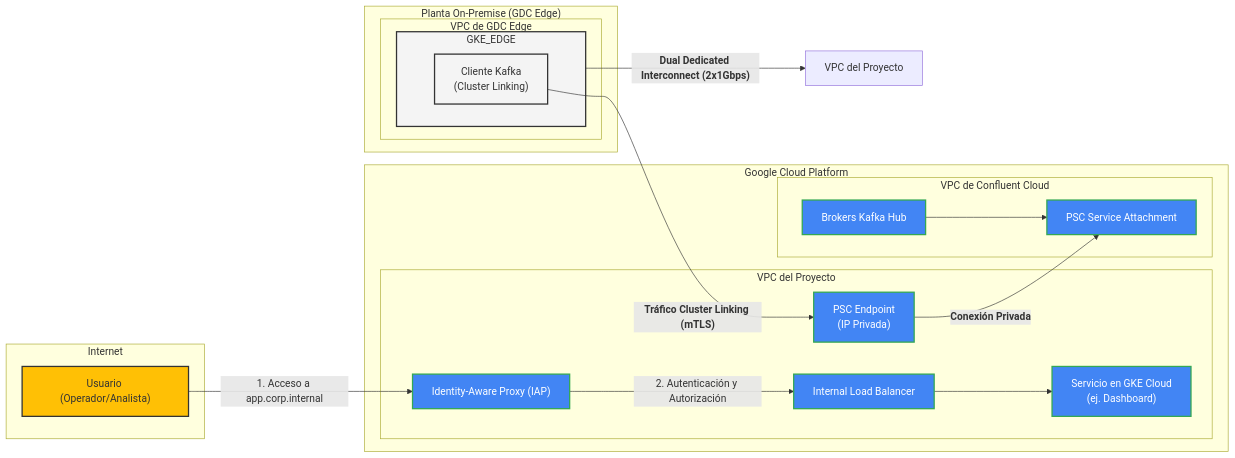
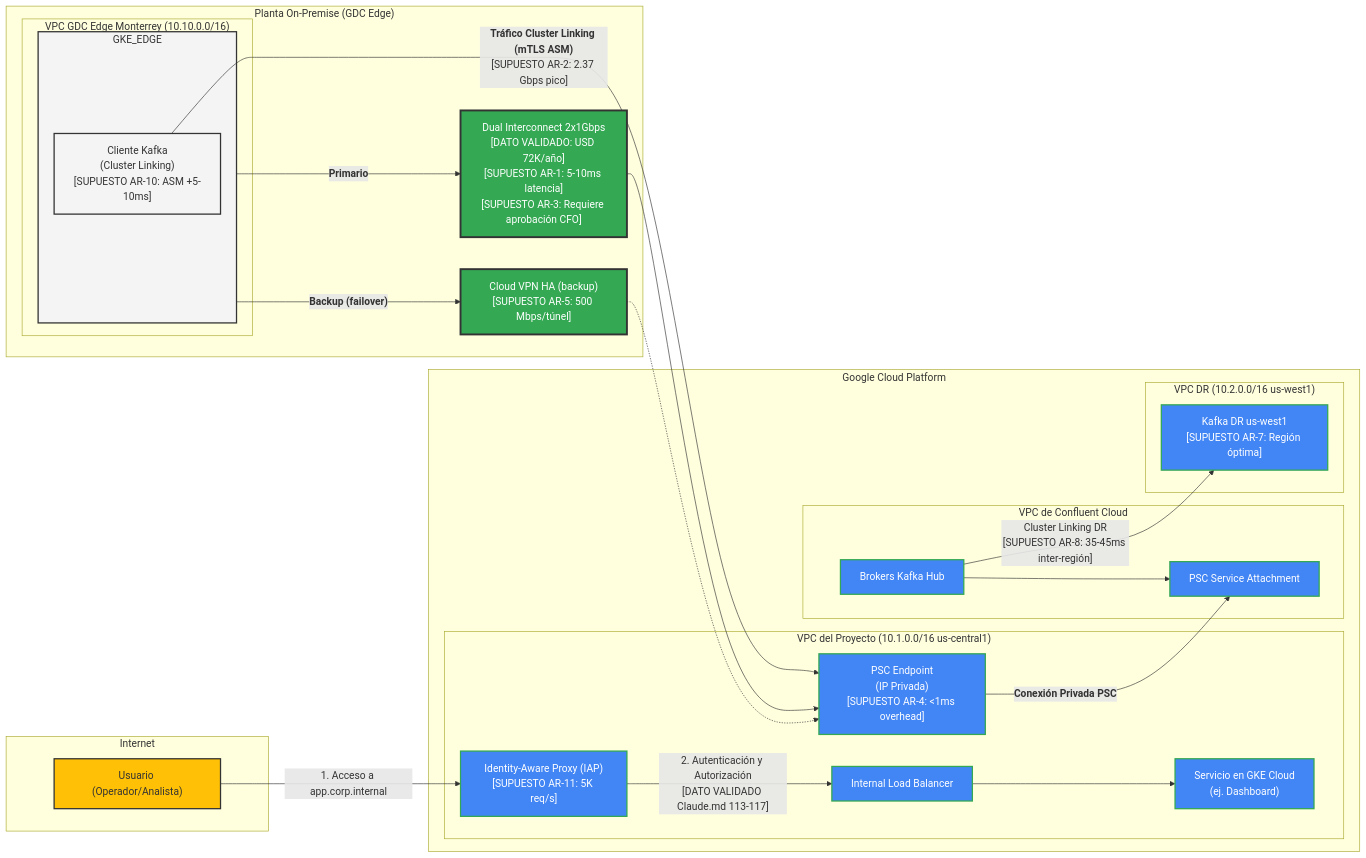
The diagram in docs/fase2/arquitectura-redes.md (raestrada/cloud-gob-data-industrial), drawn with Mermaid before and after one commit. The commit also changed other lines of this file and 2 other files, not shown here.

````diff
--- a/docs/fase2/arquitectura-redes.md
+++ b/docs/fase2/arquitectura-redes.md
@@ -149,48 +186,59 @@
 ```mermaid
 graph LR
     subgraph "Internet"
         USER["Usuario (Operador/Analista)"]
     end
 
     subgraph "Google Cloud Platform"
-        subgraph "VPC del Proyecto"
-            IAP["Identity-Aware Proxy (IAP)"]
+        subgraph "VPC del Proyecto (10.1.0.0/16 us-central1)"
+            IAP["Identity-Aware Proxy (IAP)<br/>[SUPUESTO AR-11: 5K req/s]"]
             LB["Internal Load Balancer"]
-            PSC_ENDPOINT["PSC Endpoint<br/>(IP Privada)"]
+            PSC_ENDPOINT["PSC Endpoint<br/>(IP Privada)<br/>[SUPUESTO AR-4: <1ms overhead]"]
             GKE_CLOUD["Servicio en GKE Cloud<br/>(ej. Dashboard)"]
         end
         subgraph "VPC de Confluent Cloud"
             KAFKA_HUB["Brokers Kafka Hub"]
             PSC_ATTACH["PSC Service Attachment"]
             KAFKA_HUB --> PSC_ATTACH
         end
+        subgraph "VPC DR (10.2.0.0/16 us-west1)"
+            KAFKA_DR["Kafka DR us-west1<br/>[SUPUESTO AR-7: Región óptima]"]
+        end
     end
 
     subgraph "Planta On-Premise (GDC Edge)"
-        subgraph "VPC de GDC Edge"
+        subgraph "VPC GDC Edge Monterrey (10.10.0.0/16)"
             GKE_EDGE["GKE en GDC Edge"]
             subgraph GKE_EDGE
-                KAFKA_CLIENT["Cliente Kafka<br/>(Cluster Linking)"]
+                KAFKA_CLIENT["Cliente Kafka<br/>(Cluster Linking)<br/>[SUPUESTO AR-10: ASM +5-10ms]"]
             end
         end
+        INTERCONNECT["Dual Interconnect 2x1Gbps<br/>[DATO VALIDADO: USD 72K/año]<br/>[SUPUESTO AR-1: 5-10ms latencia]<br/>[SUPUESTO AR-3: Requiere aprobación CFO]"]
+        VPN["Cloud VPN HA (backup)<br/>[SUPUESTO AR-5: 500 Mbps/túnel]"]
     end
 
     %% Flujos de Tráfico
     USER -- "1. Acceso a app.corp.internal" --> IAP
-    IAP -- "2. Autenticación y Autorización" --> LB
+    IAP -- "2. Autenticación y Autorización<br/>[DATO VALIDADO Claude.md 113-117]" --> LB
     LB --> GKE_CLOUD
 
-    KAFKA_CLIENT -- "<b>Tráfico Cluster Linking (mTLS)</b>" --> PSC_ENDPOINT
-    PSC_ENDPOINT -- "<b>Conexión Privada</b>" --> PSC_ATTACH
-    
-    VPC_DEL_PROYECTO["VPC del Proyecto"] 
-    GKE_EDGE -- "<b>Dual Dedicated Interconnect (2x1Gbps)</b>" --> VPC_DEL_PROYECTO
+    KAFKA_CLIENT -- "<b>Tráfico Cluster Linking (mTLS ASM)</b><br/>[SUPUESTO AR-2: 2.37 Gbps pico]" --> PSC_ENDPOINT
+    PSC_ENDPOINT -- "<b>Conexión Privada PSC</b>" --> PSC_ATTACH
+
+    GKE_EDGE -- "<b>Primario</b>" --> INTERCONNECT
+    GKE_EDGE -- "<b>Backup (failover)</b>" --> VPN
+    INTERCONNECT --> PSC_ENDPOINT
+    VPN -.-> PSC_ENDPOINT
+
+    KAFKA_HUB -- "Cluster Linking DR<br/>[SUPUESTO AR-8: 35-45ms inter-región]" --> KAFKA_DR
 
     %% Estilos
     classDef gcp fill:#4285F4,stroke:#34A853,stroke-width:2px,color:#fff;
     classDef edge fill:#f4f4f4,stroke:#333,stroke-width:2px,color:#333;
     classDef security fill:#FFC005,stroke:#333,stroke-width:2px;
-    class IAP,LB,PSC_ENDPOINT,GKE_CLOUD,KAFKA_HUB,PSC_ATTACH gcp;
+    classDef network fill:#34A853,stroke:#333,stroke-width:3px,color:#fff;
+    class IAP,LB,PSC_ENDPOINT,GKE_CLOUD,KAFKA_HUB,PSC_ATTACH,KAFKA_DR gcp;
     class GKE_EDGE,KAFKA_CLIENT edge;
     class USER security;
+    class INTERCONNECT,VPN network;
 ```
````
